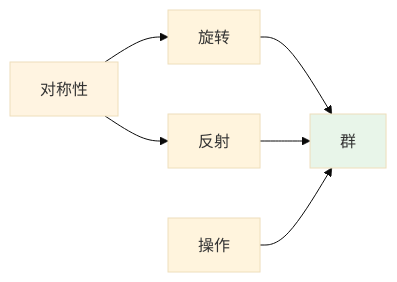
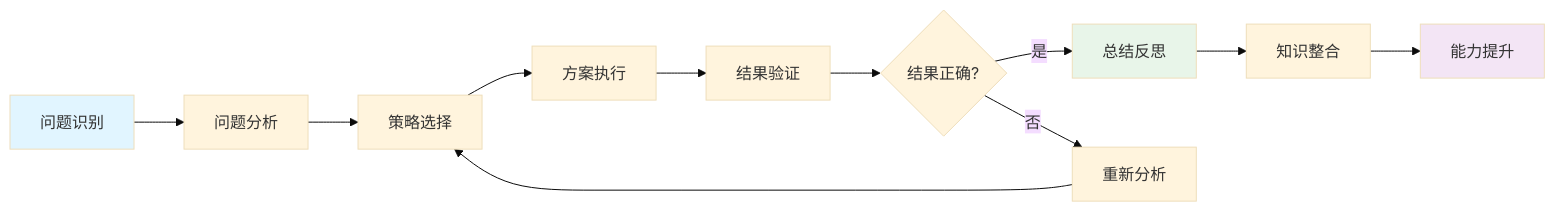
The fourth of 10 diagrams in concept/核心概念/08-群.md (AdaMartin18010/FormalMath), drawn with Mermaid (base theme) before and after one commit. The commit also changed other lines of this file and 4793 other files, not shown here.

````diff
--- a/concept/核心概念/08-群.md
+++ b/concept/核心概念/08-群.md
@@ -876,11 +1263,18 @@
 ```mermaid
 graph LR
-    A[对称性] --> B[旋转]
-    A --> C[反射]
-    B --> D[群]
-    C --> D
-    E[操作] --> D
+    A[问题识别] --> B[问题分析]
+    B --> C[策略选择]
+    C --> D[方案执行]
+    D --> E[结果验证]
+    E --> F{结果正确?}
+    F -->|是| G[总结反思]
+    F -->|否| H[重新分析]
+    H --> C
 
-    style A fill:#fff4e1
-    style D fill:#e8f5e9
+    G --> I[知识整合]
+    I --> J[能力提升]
+
+    style A fill:#e1f5ff
+    style G fill:#e8f5e9
+    style J fill:#f3e5f5
 ```
````
